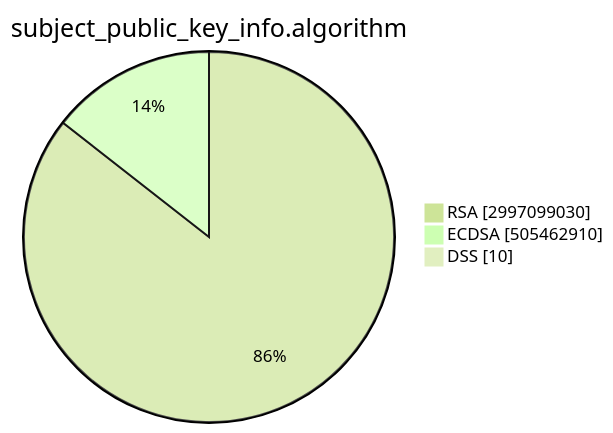
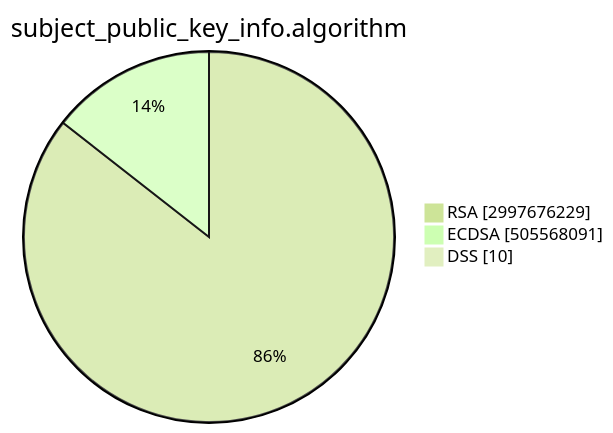
The second of 15 diagrams in TOTAL/README.md (christiankrug/ctmonitor_visualization), drawn with Mermaid (forest theme) before and after one commit. The commit also changed other lines of this file, not shown here.

````diff
--- a/TOTAL/README.md
+++ b/TOTAL/README.md
@@ -6,7 +6,7 @@
 ```mermaid
 pie showData
 title subject_public_key_info.algorithm
-"RSA" :2997099030
-"ECDSA" :505462910
+"RSA" :2997676229
+"ECDSA" :505568091
 "DSS" :10
 ```
````
